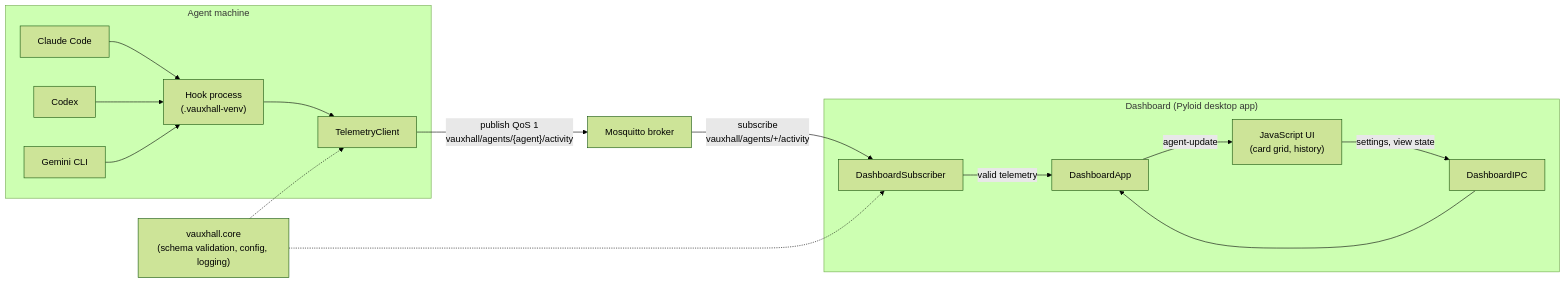
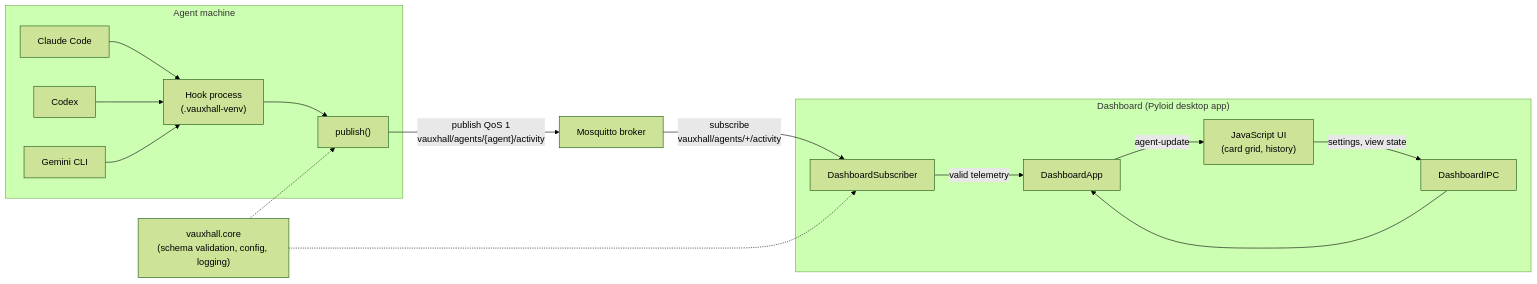
The first of 3 diagrams in AGENTS.md (ipapadop/vauxhall), drawn with Mermaid (forest theme) before and after one commit. The commit also changed other lines of this file and 16 other files, not shown here.

First line of the commit message:
Replace TelemetryClient with a batch publish() function (#64)

````diff
--- a/AGENTS.md
+++ b/AGENTS.md
@@ -21,35 +21,35 @@
 ```mermaid
 flowchart LR
     subgraph agents["Agent machine"]
         cc["Claude Code"]
         cx["Codex"]
         gm["Gemini CLI"]
         hook["Hook process<br>(.vauxhall-venv)"]
-        client["TelemetryClient"]
+        client["publish()"]
         cc --> hook
         cx --> hook
         gm --> hook
         hook --> client
     end
 
     broker["Mosquitto broker"]
 
     subgraph dashboard["Dashboard (Pyloid desktop app)"]
         sub["DashboardSubscriber"]
         app["DashboardApp"]
         ipc["DashboardIPC"]
         ui["JavaScript UI<br>(card grid, history)"]
         sub -- "valid telemetry" --> app
         app -- "agent-update" --> ui
         ui -- "settings, view state" --> ipc
         ipc --> app
     end
 
     core["vauxhall.core<br>(schema validation, config, logging)"]
 
     client -- "publish QoS 1<br>vauxhall/agents/{agent}/activity" --> broker
     broker -- "subscribe<br>vauxhall/agents/+/activity" --> sub
 
     core -.-> client
     core -.-> sub
 ```
````
